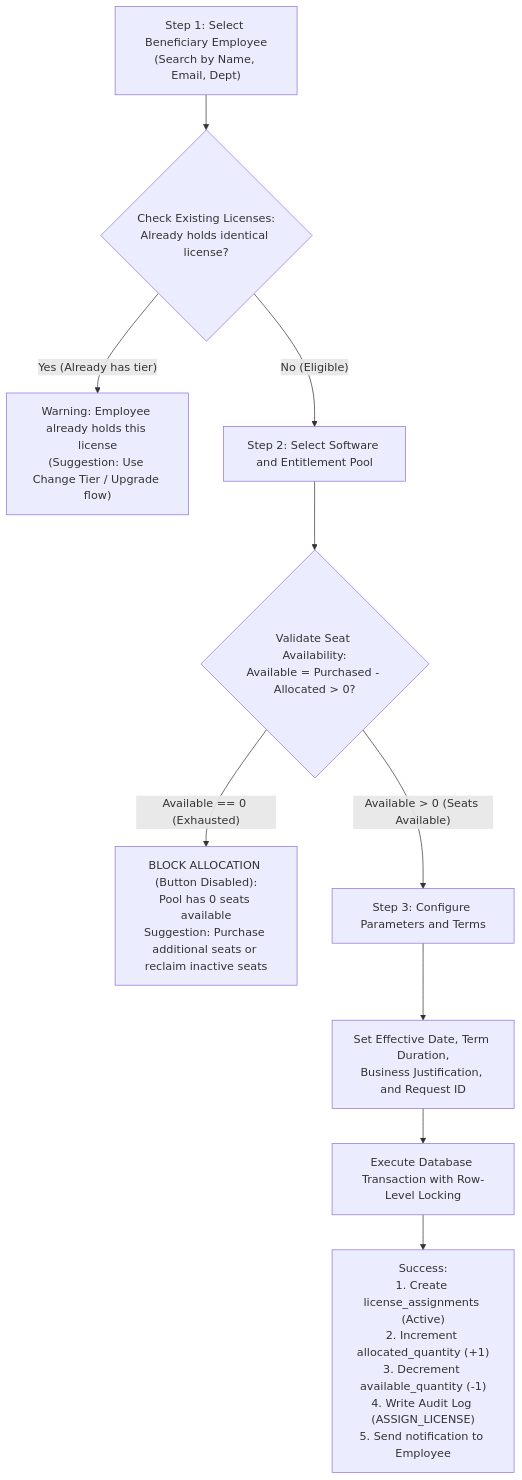
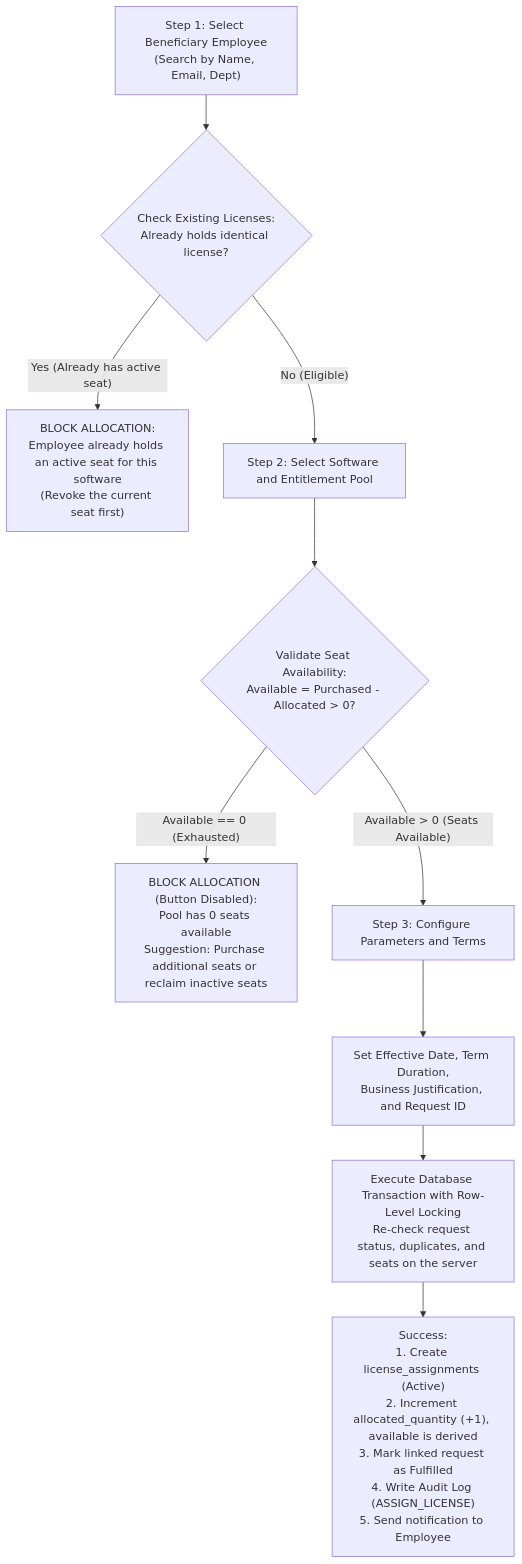
One commit to cuonglpv/VFast changed the fourth of 4 diagrams in docs/04-information-architecture-manager.md. Above: the diagram before and after it, drawn with Mermaid. The commit also changed other lines of this file and 3 other files, not shown here.

````diff
--- a/docs/04-information-architecture-manager.md
+++ b/docs/04-information-architecture-manager.md
@@ -311,15 +314,15 @@
 ```mermaid
 flowchart TD
     Step1["Step 1: Select Beneficiary Employee<br/>(Search by Name, Email, Dept)"]
     Step1 --> CheckDuplicate{"Check Existing Licenses:<br/>Already holds identical license?"}
-    CheckDuplicate -->|"Yes (Already has tier)"| DupWarn["Warning: Employee already holds this license<br/>(Suggestion: Use Change Tier / Upgrade flow)"]
+    CheckDuplicate -->|"Yes (Already has active seat)"| DupWarn["BLOCK ALLOCATION:<br/>Employee already holds an active seat for this software<br/>(Revoke the current seat first)"]
     CheckDuplicate -->|"No (Eligible)"| Step2["Step 2: Select Software and Entitlement Pool"]
 
     Step2 --> RealtimeCheck{"Validate Seat Availability:<br/>Available = Purchased - Allocated > 0?"}
     RealtimeCheck -->|"Available == 0 (Exhausted)"| SeatBlock["BLOCK ALLOCATION (Button Disabled):<br/>Pool has 0 seats available<br/>Suggestion: Purchase additional seats or reclaim inactive seats"]
     RealtimeCheck -->|"Available > 0 (Seats Available)"| Step3["Step 3: Configure Parameters and Terms"]
 
     Step3 --> Params["Set Effective Date, Term Duration,<br/>Business Justification, and Request ID"]
-    Params --> LockTx["Execute Database Transaction with Row-Level Locking"]
-    LockTx --> Success["Success:<br/>1. Create license_assignments (Active)<br/>2. Increment allocated_quantity (+1)<br/>3. Decrement available_quantity (-1)<br/>4. Write Audit Log (ASSIGN_LICENSE)<br/>5. Send notification to Employee"]
+    Params --> LockTx["Execute Database Transaction with Row-Level Locking<br/>Re-check request status, duplicates, and seats on the server"]
+    LockTx --> Success["Success:<br/>1. Create license_assignments (Active)<br/>2. Increment allocated_quantity (+1), available is derived<br/>3. Mark linked request as Fulfilled<br/>4. Write Audit Log (ASSIGN_LICENSE)<br/>5. Send notification to Employee"]
 ```
````
